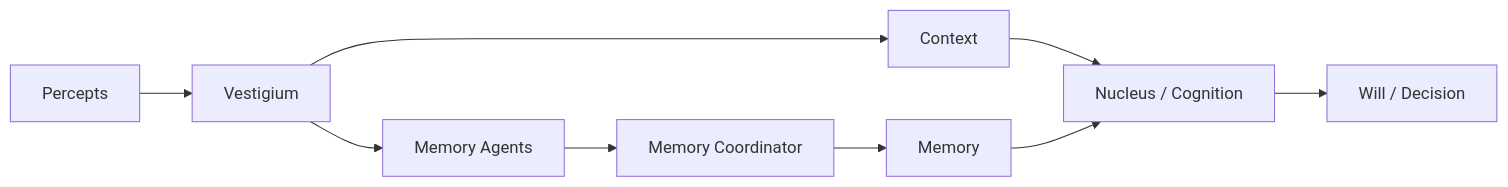
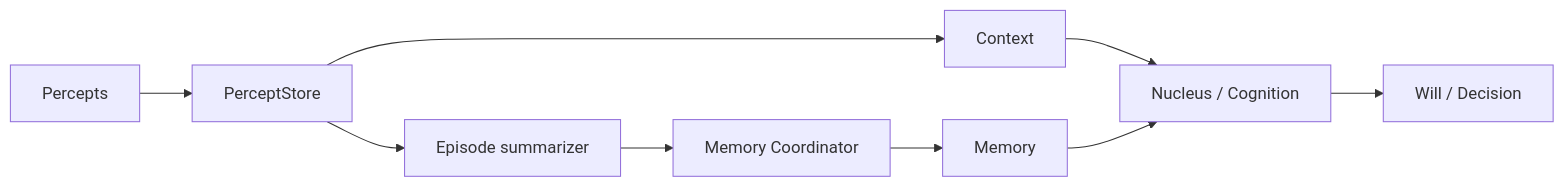
The second of 2 diagrams in README.md (YanChenBai/ciel), drawn with Mermaid before and after one commit. The commit also changed other lines of this file and 33 other files, not shown here.

Commit message:
refactor(core): restructure perception and memory flow

````diff
--- a/README.md
+++ b/README.md
@@ -664,11 +665,11 @@
 ```mermaid
 flowchart LR
-  Percepts --> Vestigium
-  Vestigium --> Context
+  Percepts --> PerceptStore
+  PerceptStore --> Context
   Context --> Nucleus["Nucleus / Cognition"]
   Memory --> Nucleus
-  Vestigium --> MemoryAgents["Memory Agents"]
-  MemoryAgents --> Coordinator["Memory Coordinator"]
+  PerceptStore --> Summarizer["Episode summarizer"]
+  Summarizer --> Coordinator["Memory Coordinator"]
   Coordinator --> Memory
   Nucleus --> Will["Will / Decision"]
 ```
````
